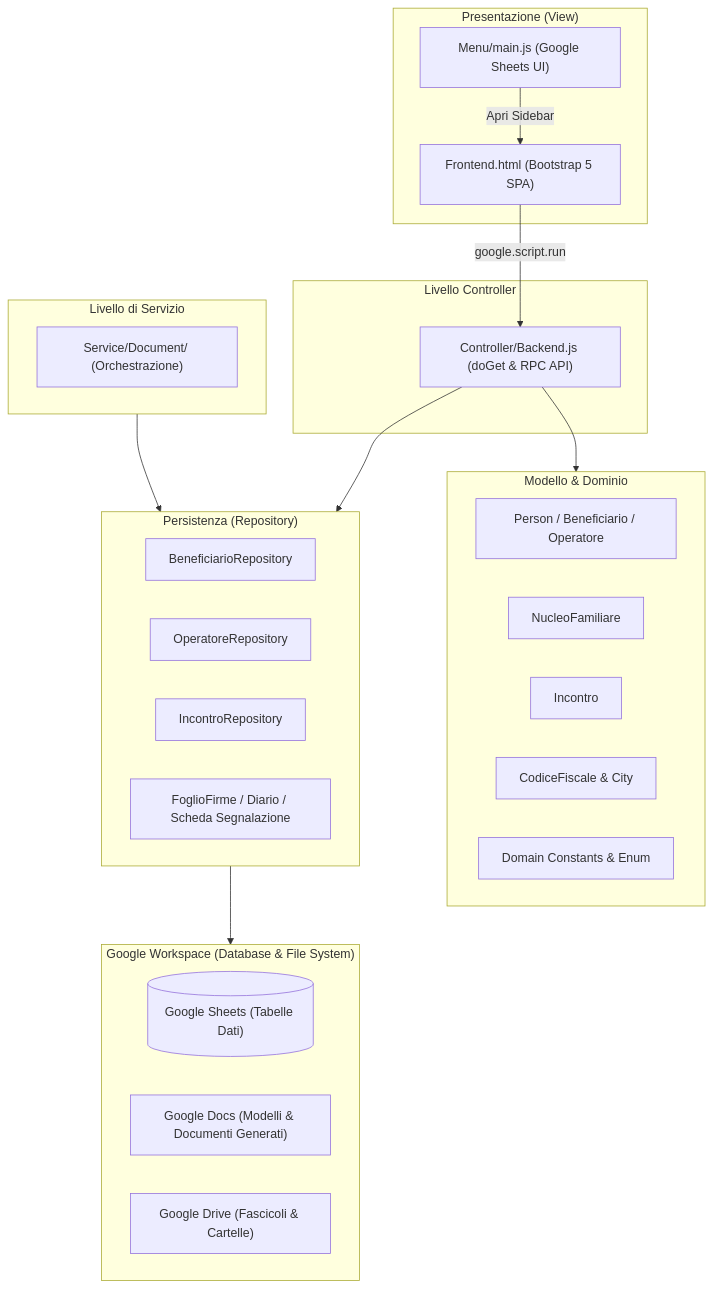
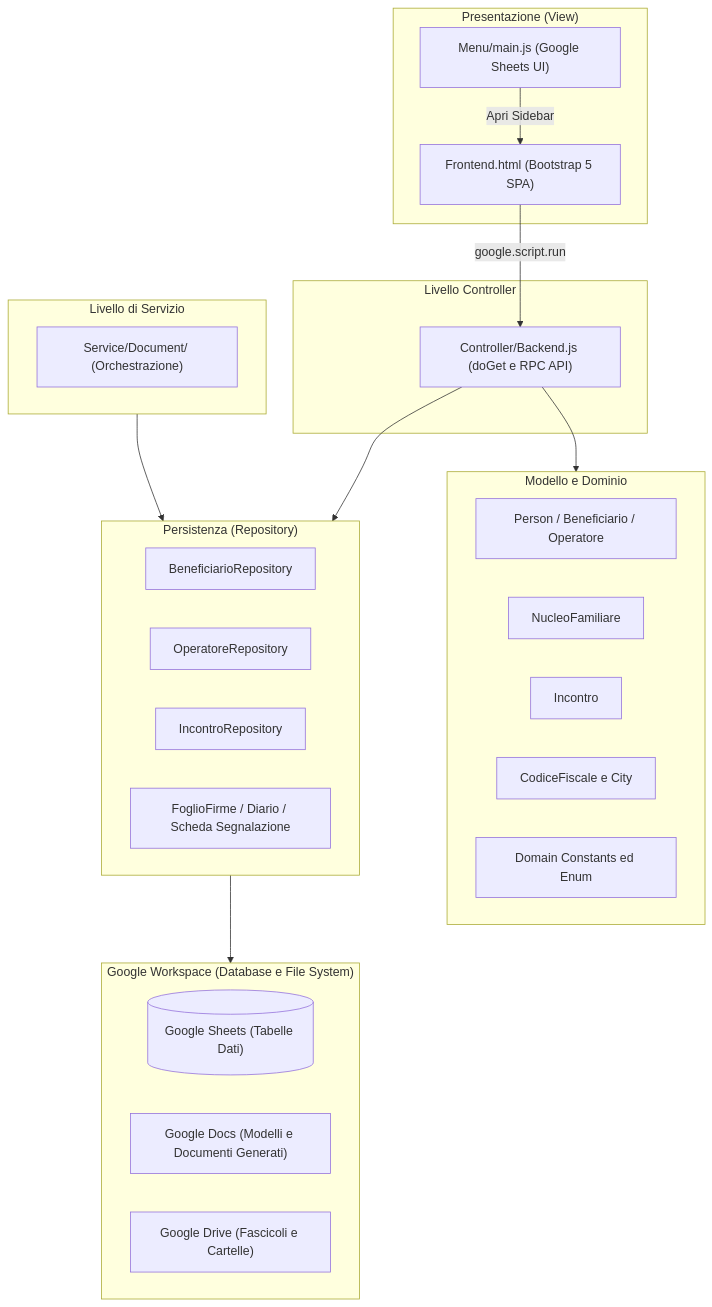
One commit to La-Bussola-dell-Abitare/gas-webapp changed the diagram in README.md. Above: the diagram before and after it, drawn with Mermaid. The commit also changed other lines of this file and 3 other files, not shown here.

````diff
--- a/README.md
+++ b/README.md
@@ -140,43 +140,43 @@
 ```mermaid
 flowchart TD
     subgraph View ["Presentazione (View)"]
         UI["Frontend.html (Bootstrap 5 SPA)"]
         Sidebar["Menu/main.js (Google Sheets UI)"]
     end
 
     subgraph Controller ["Livello Controller"]
-        Backend["Controller/Backend.js (doGet & RPC API)"]
+        Backend["Controller/Backend.js (doGet e RPC API)"]
     end
 
     subgraph Service ["Livello di Servizio"]
         DocService["Service/Document/ (Orchestrazione)"]
     end
 
-    subgraph Model ["Modello & Dominio"]
+    subgraph Model ["Modello e Dominio"]
         Person["Person / Beneficiario / Operatore"]
         Nucleo["NucleoFamiliare"]
         Incontro["Incontro"]
-        CF["CodiceFiscale & City"]
-        Constants["Domain Constants & Enum"]
+        CF["CodiceFiscale e City"]
+        Constants["Domain Constants ed Enum"]
     end
 
     subgraph Repository ["Persistenza (Repository)"]
         BenRepo["BeneficiarioRepository"]
         OpRepo["OperatoreRepository"]
         IncRepo["IncontroRepository"]
         DocRepo["FoglioFirme / Diario / Scheda Segnalazione"]
     end
 
-    subgraph Storage ["Google Workspace (Database & File System)"]
+    subgraph Storage ["Google Workspace (Database e File System)"]
         GSheets[("Google Sheets (Tabelle Dati)")]
-        GDocs["Google Docs (Modelli & Documenti Generati)"]
-        GDrive["Google Drive (Fascicoli & Cartelle)"]
+        GDocs["Google Docs (Modelli e Documenti Generati)"]
+        GDrive["Google Drive (Fascicoli e Cartelle)"]
     end
 
     UI -->|"google.script.run"| Backend
     Sidebar -->|"Apri Sidebar"| UI
     Backend --> Model
     Backend --> Repository
     Service --> Repository
     Repository --> Storage
 ```
````
